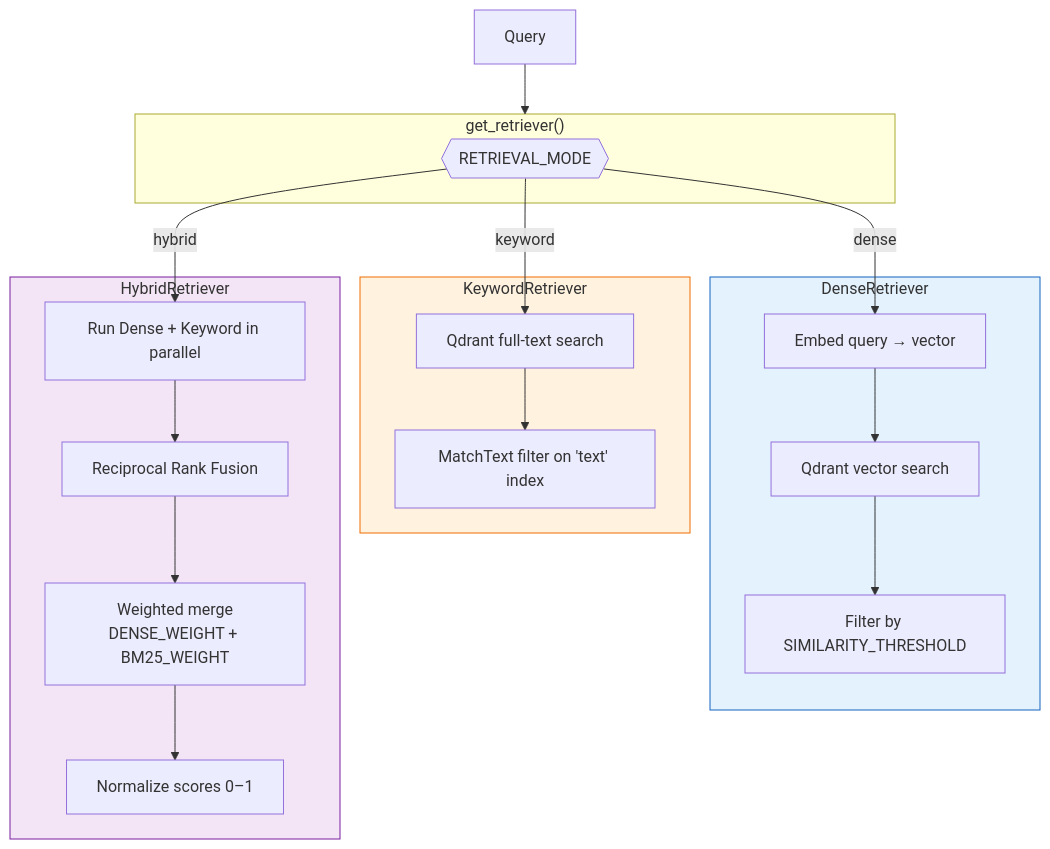
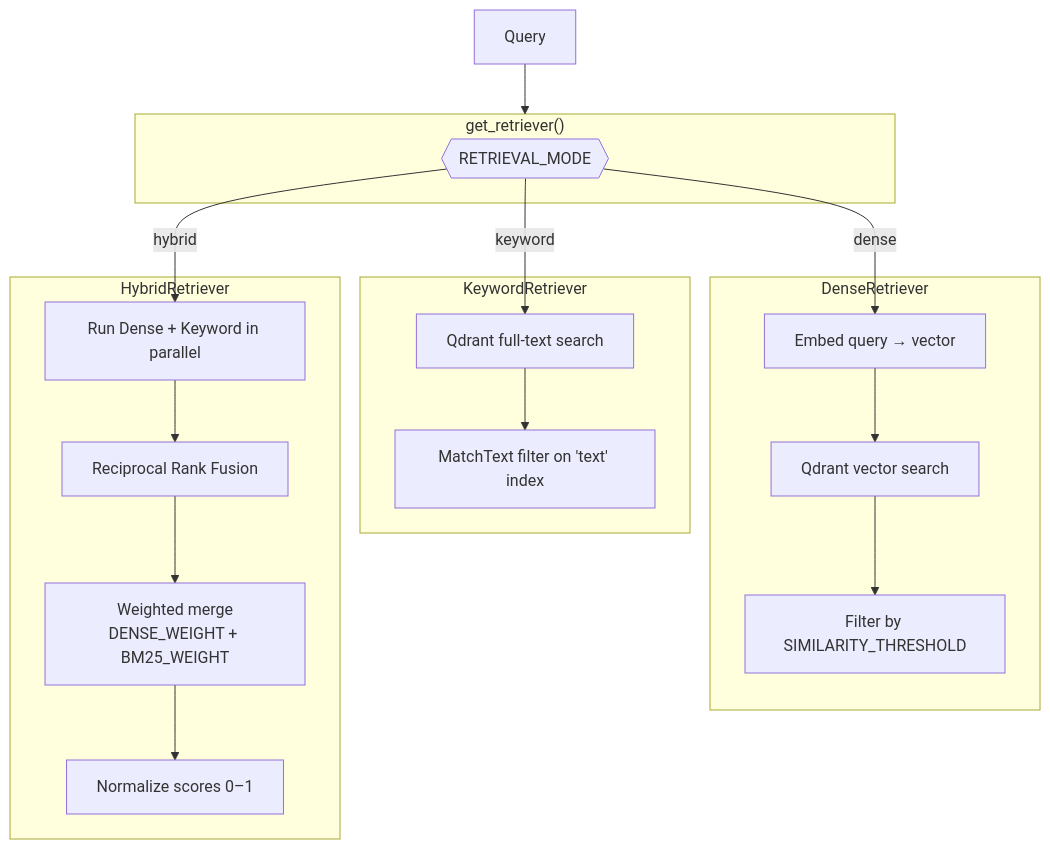
The ninth of 10 diagrams in docs/architecture.md (Jithendhar18/bookstack-rag-agent), drawn with Mermaid before and after one commit. The commit also changed other lines of this file, not shown here.

Commit message:
refactor: Clean up architecture diagrams by removing style definitions

````diff
--- a/docs/architecture.md
+++ b/docs/architecture.md
@@ -569,35 +533,31 @@
 ```mermaid
 graph TD
     Q["Query"]
 
     subgraph Factory["get_retriever()"]
         MODE{{"RETRIEVAL_MODE"}}
     end
 
     subgraph Dense["DenseRetriever"]
         D1["Embed query → vector"]
         D2["Qdrant vector search"]
         D3["Filter by SIMILARITY_THRESHOLD"]
     end
 
     subgraph Keyword["KeywordRetriever"]
         K1["Qdrant full-text search"]
         K2["MatchText filter on 'text' index"]
     end
 
     subgraph Hybrid["HybridRetriever"]
         H1["Run Dense + Keyword in parallel"]
         H2["Reciprocal Rank Fusion"]
         H3["Weighted merge<br/>DENSE_WEIGHT + BM25_WEIGHT"]
         H4["Normalize scores 0–1"]
     end
 
     Q --> Factory
     MODE -->|"dense"| D1 --> D2 --> D3
     MODE -->|"keyword"| K1 --> K2
     MODE -->|"hybrid"| H1 --> H2 --> H3 --> H4
-
-    style Dense fill:#e3f2fd,stroke:#1565c0
-    style Keyword fill:#fff3e0,stroke:#ef6c00
-    style Hybrid fill:#f3e5f5,stroke:#7b1fa2
 ```
````
